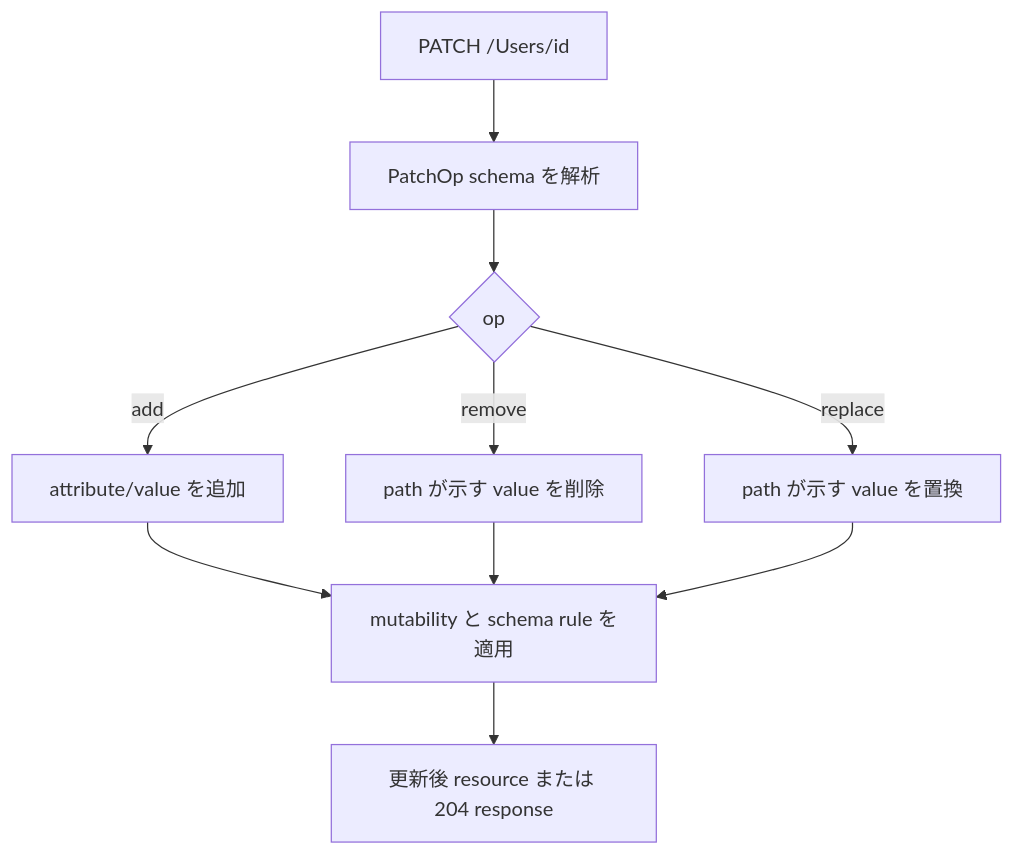
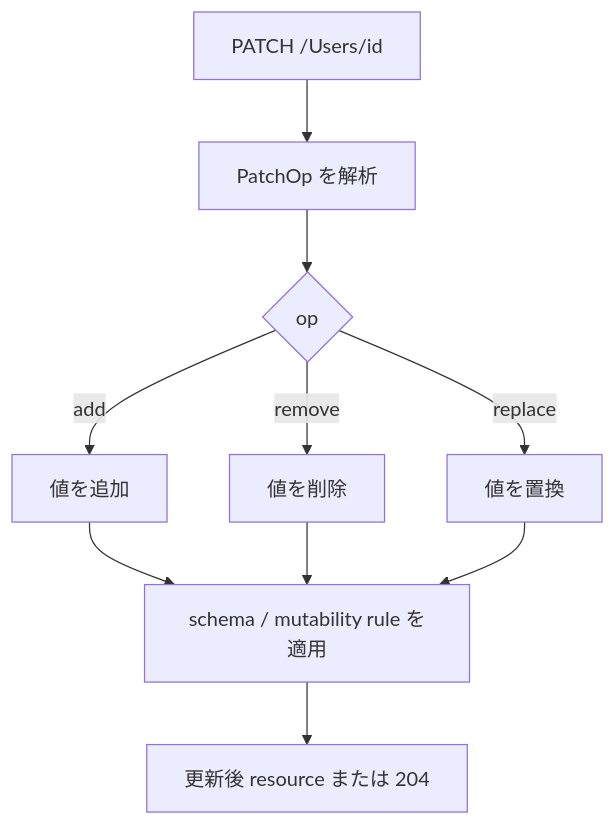
The third of 4 diagrams in _posts/2026-09-18-scim-core-concepts.md (nbifrye/1548d6d9-8655-48d3-817f-d41469b6b27e), drawn with Mermaid before and after one commit. The commit also changed other lines of this file, not shown here.

Commit message:
Reframe SCIM article around the User resource lifecycle

```diff
--- a/_posts/2026-09-18-scim-core-concepts.md
+++ b/_posts/2026-09-18-scim-core-concepts.md
@@ -154,12 +125,12 @@
 <pre class="mermaid">
 flowchart TD
-    A[PATCH /Users/id] --> B[PatchOp schema を解析]
+    A[PATCH /Users/id] --> B[PatchOp を解析]
     B --> C{op}
-    C -->|add| D[attribute/value を追加]
-    C -->|remove| E[path が示す value を削除]
-    C -->|replace| F[path が示す value を置換]
-    D --> G[mutability と schema rule を適用]
+    C -->|add| D[値を追加]
+    C -->|remove| E[値を削除]
+    C -->|replace| F[値を置換]
+    D --> G[schema / mutability rule を適用]
     E --> G
     F --> G
-    G --> H[更新後 resource または 204 response]
+    G --> H[更新後 resource または 204]
 </pre>
```
